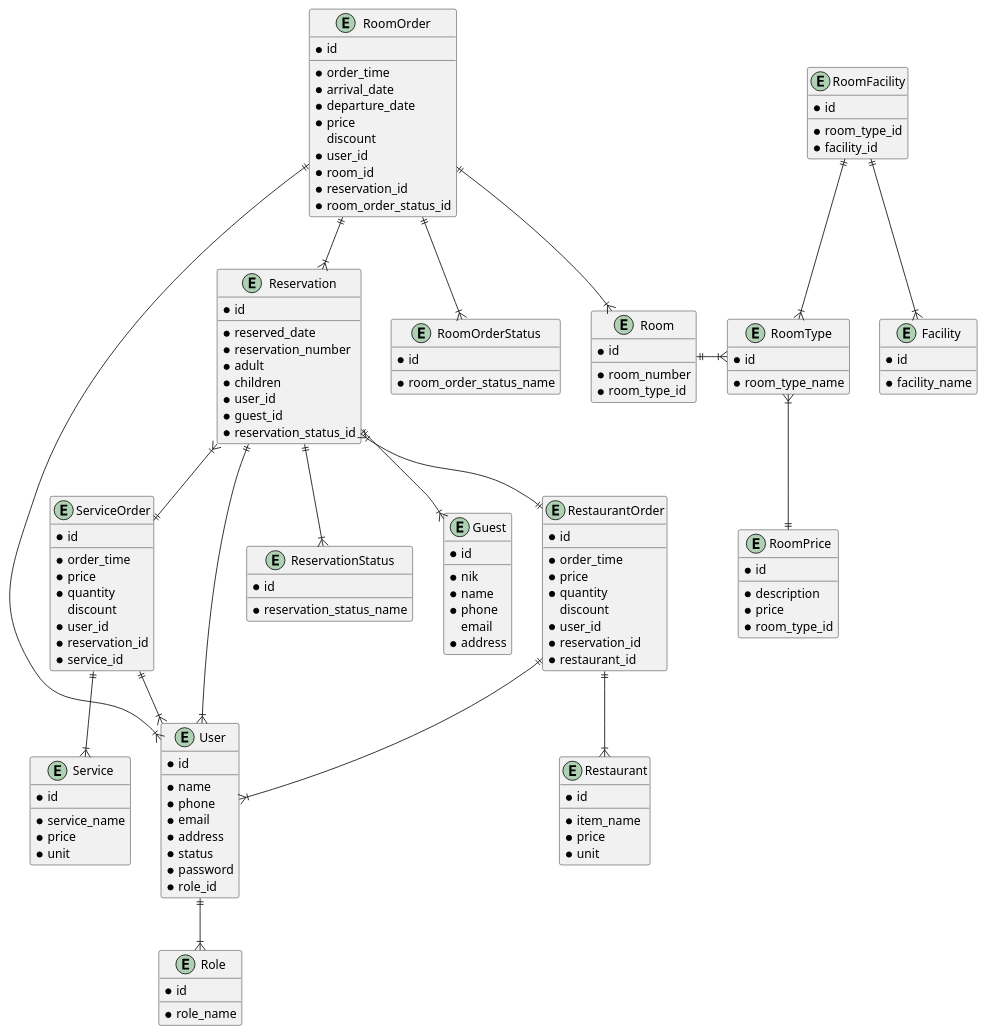
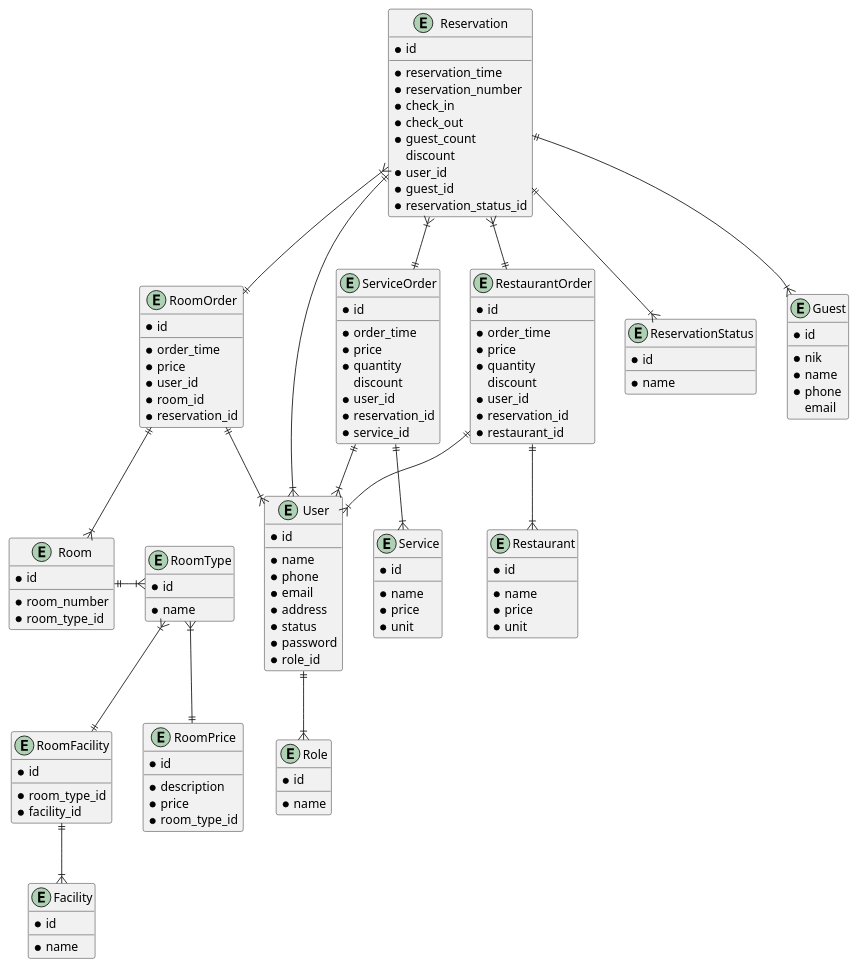
The diagram in designs/diagrams/database.puml (MuhammadIqbalAfandi/semuwainn), drawn with PlantUML before and after one commit. The commit also changed 69 other files, not shown here.

Commit message:
refactor: field table on database, schema migration, model, seeder and factory

```diff
--- a/designs/diagrams/database.puml
+++ b/designs/diagrams/database.puml
@@ -1,161 +1,151 @@
 @startuml Semuwainn
   entity Reservation {
     * id
     __
-    * reserved_date
+    * reservation_time
     * reservation_number
-    * adult
-    * children
+    * check_in
+    * check_out
+    * guest_count
+    discount
     * user_id
     * guest_id
     * reservation_status_id
+  }
+
+  entity ReservationStatus {
+    * id
+    __
+    * name
   }
 
   entity RoomOrder {
     * id
     __
     * order_time
-    * arrival_date
-    * departure_date
     * price
-    discount
     * user_id
     * room_id
     * reservation_id
-    * room_order_status_id
   }
 
   entity ServiceOrder {
     * id
     __
     * order_time
     * price
     * quantity
     discount
     * user_id
     * reservation_id
     * service_id
   }
 
   entity Service {
     * id
     __
-    * service_name
+    * name
     * price
     * unit
-  }
-
-  entity ReservationStatus {
-    * id
-    __
-    * reservation_status_name
   }
 
   entity Guest {
     * id
     __
     * nik
     * name
     * phone
     email
-    * address
   }
 
   entity User {
     * id
     __
     * name
     * phone
     * email
     * address
     * status
     * password
     * role_id
   }
 
   entity Role {
     * id
     __
-    * role_name
+    * name
   }
 
   entity RestaurantOrder {
     * id
     __
     * order_time
     * price
     * quantity
     discount
     * user_id
     * reservation_id
     * restaurant_id
   }
 
   entity Restaurant {
     * id
     __
-    * item_name
+    * name
     * price
     * unit
-  }
-
-  entity Facility {
-    * id
-    __
-    * facility_name
-  }
-
-  entity RoomType {
-    * id
-    __
-    * room_type_name
   }
 
   entity RoomFacility {
     * id
     __
     * room_type_id
     * facility_id
+  }
+
+  entity Room {
+    * id
+    __
+    * room_number
+    * room_type_id
+  }
+
+  entity RoomType {
+    * id
+    __
+    * name
   }
 
   entity RoomPrice {
     * id
     __
     * description
     * price
     * room_type_id
   }
 
-  entity Room {
+  entity Facility {
     * id
     __
-    * room_number
-    * room_type_id
+    * name
   }
 
-  entity RoomOrderStatus {
-    * id
-    __
-    * room_order_status_name
-  }
-
+  Reservation ||--|{ ReservationStatus
   Reservation }|--|| RestaurantOrder
   Reservation }|--|| ServiceOrder
-  Reservation ||--|{ ReservationStatus
   Reservation ||--|{ User
   Reservation ||--|{ Guest
+  Reservation }|--|| RoomOrder
+  RoomOrder ||--|{ User
+  RoomOrder ||--|{ Room
+  Room ||-|{ RoomType
+  RoomType }|--|| RoomPrice
+  RoomType }|--|| RoomFacility
+  RoomFacility ||--|{ Facility
   ServiceOrder ||--|{ Service
+  RestaurantOrder ||--|{ Restaurant
+  User ||--|{ Role
   ServiceOrder ||--|{ User
-  User ||--|{ Role
-  RestaurantOrder ||--|{ Restaurant
   RestaurantOrder ||--|{ User
-  RoomOrder ||--|{ RoomOrderStatus
-  RoomOrder ||--|{ Room
-  RoomOrder ||--|{ User
-  RoomOrder ||--|{ Reservation
-  RoomFacility ||--|{ Facility
-  RoomFacility ||--|{ RoomType
-  RoomType }|--|| RoomPrice
-  Room ||-|{ RoomType
 
 @enduml
```
